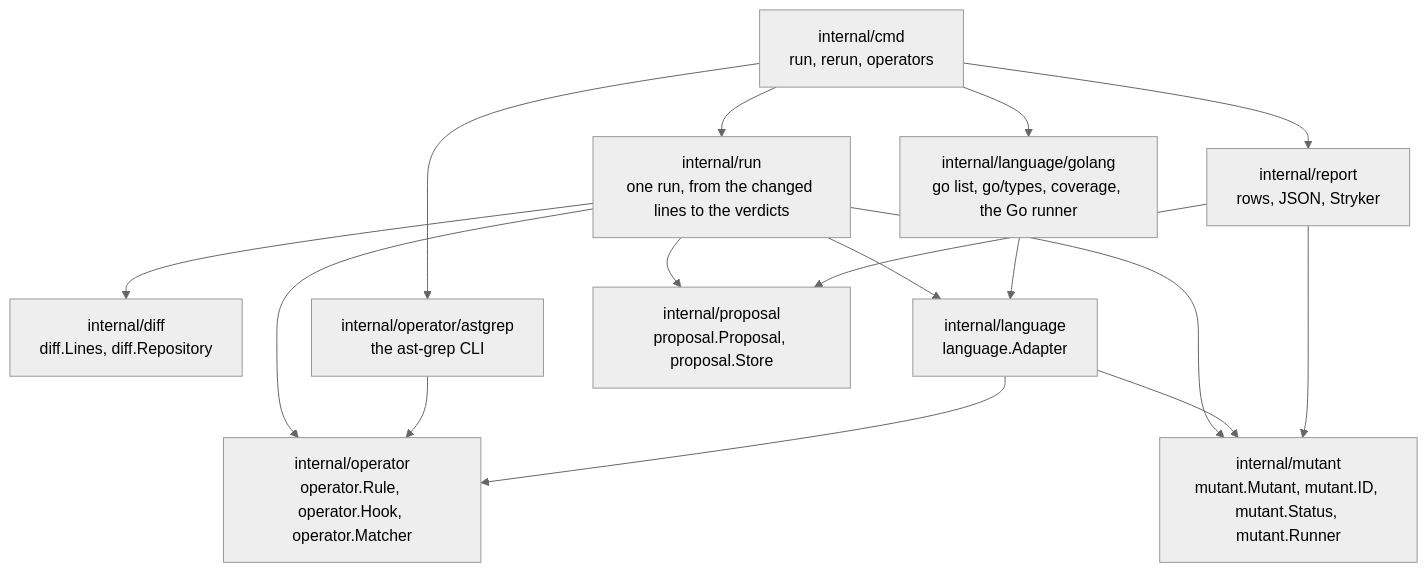
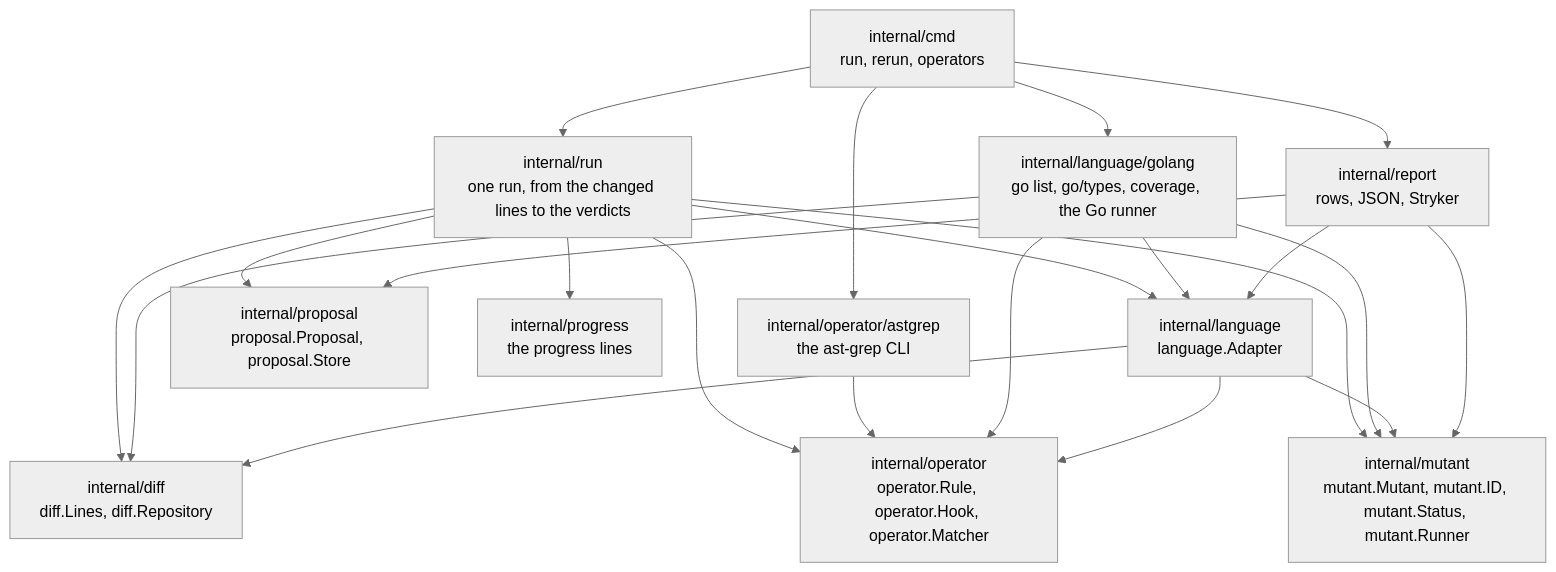
One commit to hpcsc/mutants changed the fifth of 5 diagrams in docs/design.md. Above: the diagram before and after it, drawn with Mermaid (neutral theme). The commit also changed other lines of this file and 4 other files, not shown here.

````diff
--- a/docs/design.md
+++ b/docs/design.md
@@ -571,28 +577,35 @@
 ```mermaid
 flowchart TD
     CMD["internal/cmd<br/>run, rerun, operators"]
     RUN["internal/run<br/>one run, from the changed lines to the verdicts"]
     DIFF["internal/diff<br/>diff.Lines, diff.Repository"]
     OP["internal/operator<br/>operator.Rule, operator.Hook, operator.Matcher"]
     AG["internal/operator/astgrep<br/>the ast-grep CLI"]
     MUT["internal/mutant<br/>mutant.Mutant, mutant.ID, mutant.Status, mutant.Runner"]
     LANG["internal/language<br/>language.Adapter"]
     GO["internal/language/golang<br/>go list, go/types, coverage, the Go runner"]
     REP["internal/report<br/>rows, JSON, Stryker"]
     PROP["internal/proposal<br/>proposal.Proposal, proposal.Store"]
+    PROG["internal/progress<br/>the progress lines"]
     CMD --> RUN
     CMD --> AG
     CMD --> GO
     CMD --> REP
     RUN --> DIFF
     RUN --> OP
     RUN --> LANG
     RUN --> MUT
+    RUN --> PROP
+    RUN --> PROG
     AG --> OP
     GO --> LANG
+    GO --> DIFF
+    GO --> OP
+    GO --> MUT
+    LANG --> DIFF
     LANG --> OP
     LANG --> MUT
+    REP --> LANG
     REP --> MUT
-    RUN --> PROP
     REP --> PROP
 ```
````
